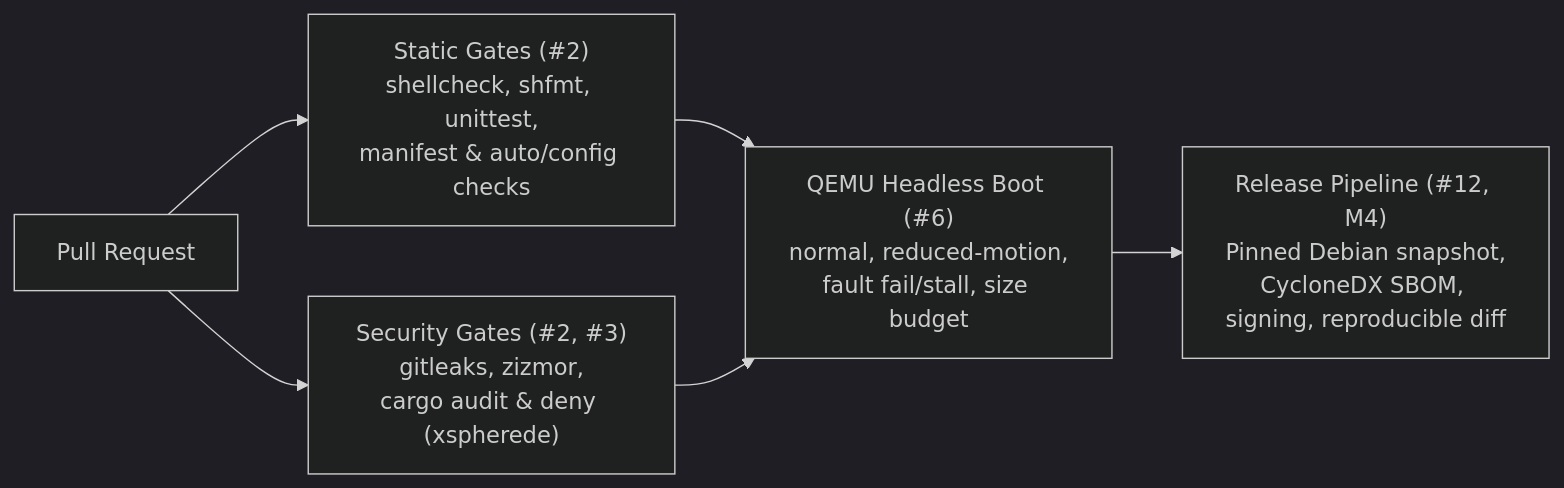
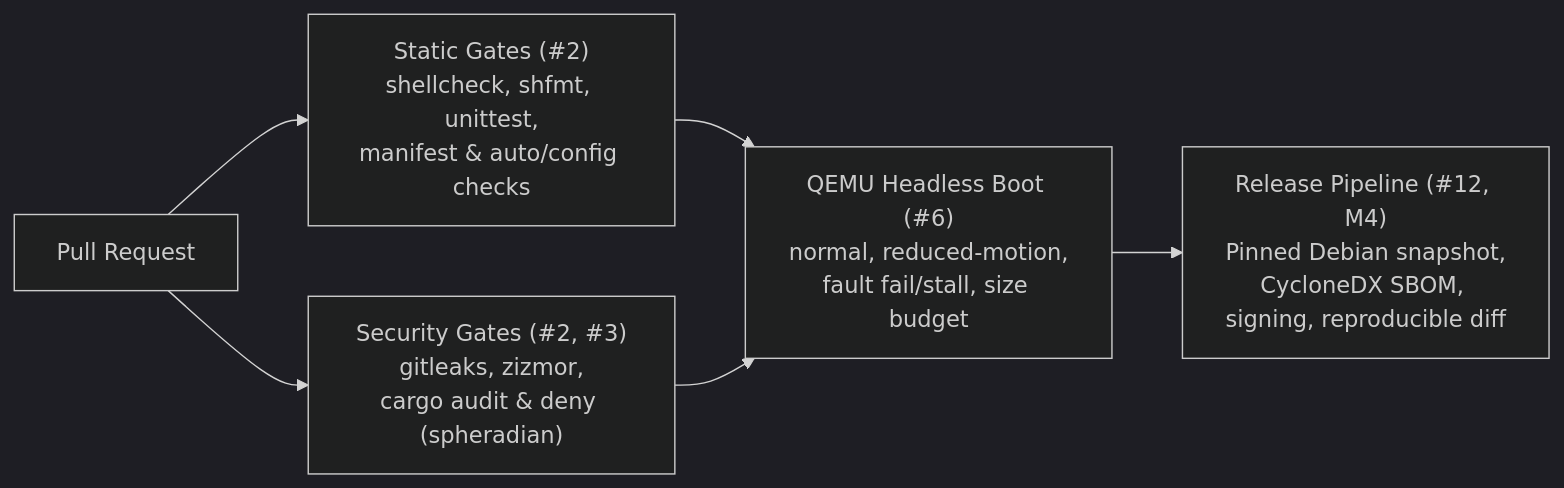
Before and after one commit to spheradian/spheradianos: the third of 3 diagrams in docs/ARCHITECTURE.md, drawn with Mermaid (dark theme). The commit also changed other lines of this file and 111 other files, not shown here.

````diff
--- a/docs/ARCHITECTURE.md
+++ b/docs/ARCHITECTURE.md
@@ -95,8 +95,8 @@
 ```mermaid
 flowchart LR
     PR["Pull Request"] --> S1["Static Gates (#2)<br/>shellcheck, shfmt, unittest,<br/>manifest & auto/config checks"]
-    PR --> S2["Security Gates (#2, #3)<br/>gitleaks, zizmor,<br/>cargo audit & deny (xspherede)"]
+    PR --> S2["Security Gates (#2, #3)<br/>gitleaks, zizmor,<br/>cargo audit & deny (spheradian)"]
     S1 --> Q["QEMU Headless Boot (#6)<br/>normal, reduced-motion,<br/>fault fail/stall, size budget"]
     S2 --> Q
     Q --> R["Release Pipeline (#12, M4)<br/>Pinned Debian snapshot,<br/>CycloneDX SBOM, signing, reproducible diff"]
 ```
````
